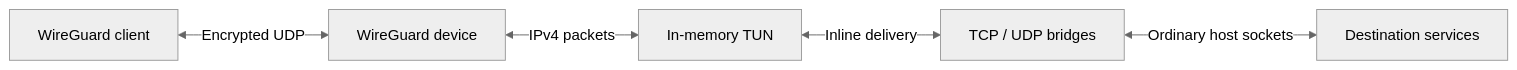
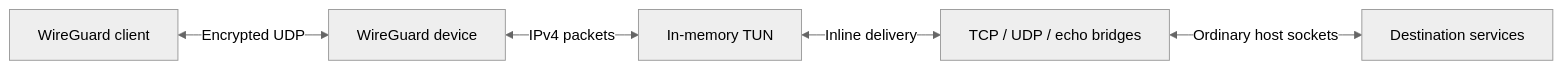
One commit to irctrakz/wgslirp changed the diagram in docs/README.md. Above: the diagram before and after it, drawn with Mermaid (neutral theme). The commit also changed other lines of this file and 4 other files, not shown here.

````diff
--- a/docs/README.md
+++ b/docs/README.md
@@ -163,7 +161,7 @@
 ```mermaid
 flowchart LR
     Client[WireGuard client] <-->|Encrypted UDP| WG[WireGuard device]
     WG <-->|IPv4 packets| TUN[In-memory TUN]
-    TUN <-->|Inline delivery| Bridge[TCP / UDP bridges]
+    TUN <-->|Inline delivery| Bridge[TCP / UDP / echo bridges]
     Bridge <-->|Ordinary host sockets| Destination[Destination services]
 ```
````
